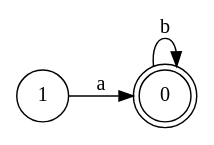
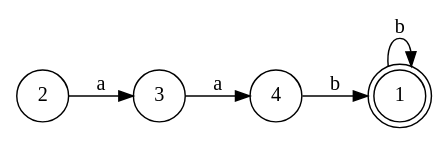
Before and after one commit to ZiadSheriif/AutoMajestic: the diagram in output/min-dfa/min-dfa.gv, drawn with Graphviz. The commit also changed 8 other files, not shown here.

```diff
--- a/output/min-dfa/min-dfa.gv
+++ b/output/min-dfa/min-dfa.gv
@@ -1,7 +1,11 @@
 digraph MIN_DFA {
-	0 [shape=doublecircle]
-	0 -> 0 [label=b]
-	1 [shape=circle]
-	1 -> 0 [label=a]
+	1 [shape=doublecircle]
+	1 -> 1 [label=b]
+	2 [shape=circle]
+	2 -> 3 [label=a]
+	3 [shape=circle]
+	3 -> 4 [label=a]
+	4 [shape=circle]
+	4 -> 1 [label=b]
 	rankdir=LR
 }
```
